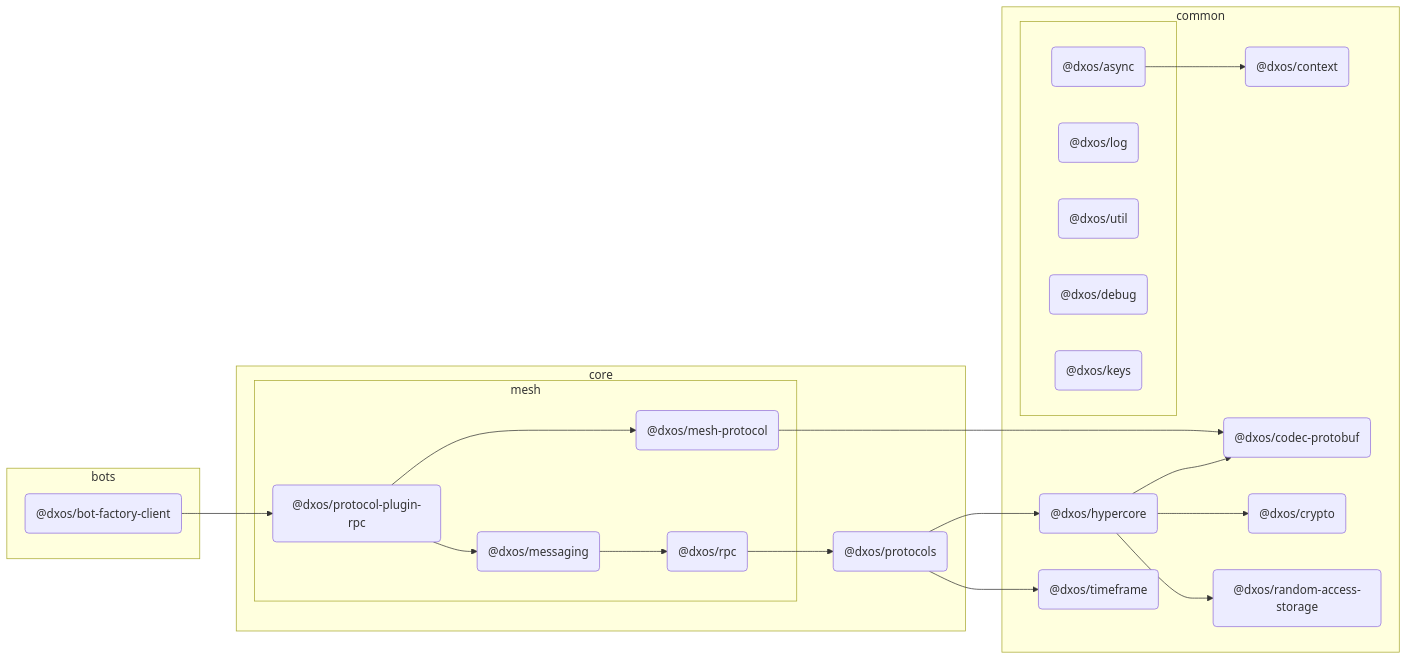
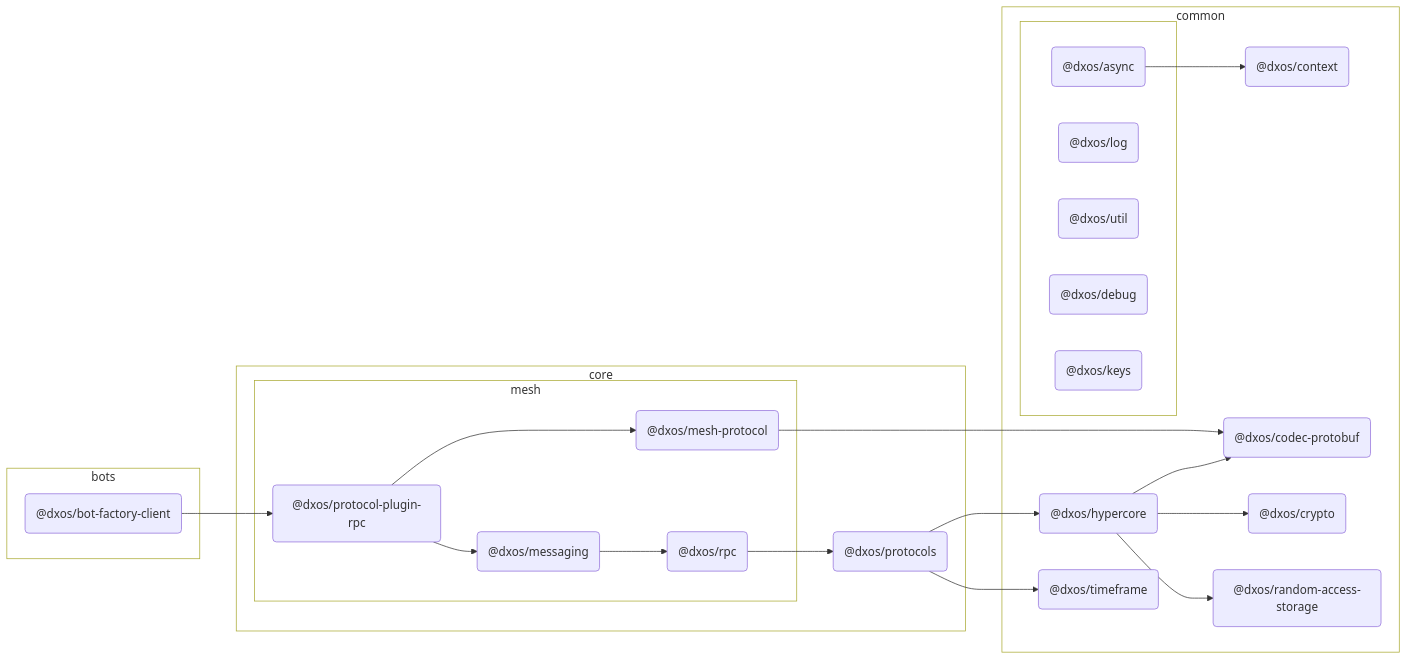
The diagram in packages/bots/bot-factory-client/docs/README.md (dxos/dxos), drawn with Mermaid before and after one commit. The commit also changed 80 other files, not shown here.

````diff
--- a/packages/bots/bot-factory-client/docs/README.md
+++ b/packages/bots/bot-factory-client/docs/README.md
@@ -7,71 +7,79 @@
 ```mermaid
 %%{ init: {'flowchart':{'curve':'basis'}} }%%
 
 flowchart LR
 
+%% Classes
+
+
+
 %% Nodes
 
 subgraph bots [bots]
+  style bots fill:transparent
   dxos/bot-factory-client("@dxos/bot-factory-client"):::root
   click dxos/bot-factory-client "dxos/dxos/tree/main/packages/bots/bot-factory-client/docs"
 end
 
 subgraph common [common]
+  style common fill:transparent
   dxos/context("@dxos/context"):::def
   click dxos/context "dxos/dxos/tree/main/packages/common/context/docs"
   dxos/codec-protobuf("@dxos/codec-protobuf"):::def
   click dxos/codec-protobuf "dxos/dxos/tree/main/packages/common/codec-protobuf/docs"
   dxos/hypercore("@dxos/hypercore"):::def
   click dxos/hypercore "dxos/dxos/tree/main/packages/common/hypercore/docs"
   dxos/crypto("@dxos/crypto"):::def
   click dxos/crypto "dxos/dxos/tree/main/packages/common/crypto/docs"
   dxos/random-access-storage("@dxos/random-access-storage"):::def
   click dxos/random-access-storage "dxos/dxos/tree/main/packages/common/random-access-storage/docs"
   dxos/timeframe("@dxos/timeframe"):::def
   click dxos/timeframe "dxos/dxos/tree/main/packages/common/timeframe/docs"
 
   subgraph _ [ ]
+    style _ fill:transparent
     dxos/async("@dxos/async"):::def
     click dxos/async "dxos/dxos/tree/main/packages/common/async/docs"
     dxos/log("@dxos/log"):::def
     click dxos/log "dxos/dxos/tree/main/packages/common/log/docs"
     dxos/util("@dxos/util"):::def
     click dxos/util "dxos/dxos/tree/main/packages/common/util/docs"
     dxos/debug("@dxos/debug"):::def
     click dxos/debug "dxos/dxos/tree/main/packages/common/debug/docs"
     dxos/keys("@dxos/keys"):::def
     click dxos/keys "dxos/dxos/tree/main/packages/common/keys/docs"
   end
 end
 
 subgraph core [core]
+  style core fill:transparent
   dxos/protocols("@dxos/protocols"):::def
   click dxos/protocols "dxos/dxos/tree/main/packages/core/protocols/docs"
 
   subgraph mesh [mesh]
+    style mesh fill:transparent
     dxos/protocol-plugin-rpc("@dxos/protocol-plugin-rpc"):::def
     click dxos/protocol-plugin-rpc "dxos/dxos/tree/main/packages/core/mesh/protocol-plugin-rpc/docs"
     dxos/mesh-protocol("@dxos/mesh-protocol"):::def
     click dxos/mesh-protocol "dxos/dxos/tree/main/packages/core/mesh/mesh-protocol/docs"
     dxos/messaging("@dxos/messaging"):::def
     click dxos/messaging "dxos/dxos/tree/main/packages/core/mesh/messaging/docs"
     dxos/rpc("@dxos/rpc"):::def
     click dxos/rpc "dxos/dxos/tree/main/packages/core/mesh/rpc/docs"
   end
 end
 
 %% Links
-linkStyle default stroke:#333,stroke-width:1px
 dxos/async --> dxos/context
 dxos/bot-factory-client --> dxos/protocol-plugin-rpc
 dxos/protocol-plugin-rpc --> dxos/mesh-protocol
 dxos/mesh-protocol --> dxos/codec-protobuf
 dxos/protocol-plugin-rpc --> dxos/messaging
 dxos/protocols --> dxos/hypercore
 dxos/hypercore --> dxos/codec-protobuf
 dxos/hypercore --> dxos/crypto
 dxos/hypercore --> dxos/random-access-storage
 dxos/protocols --> dxos/timeframe
 dxos/messaging --> dxos/rpc
 dxos/rpc --> dxos/protocols
 ```
````
